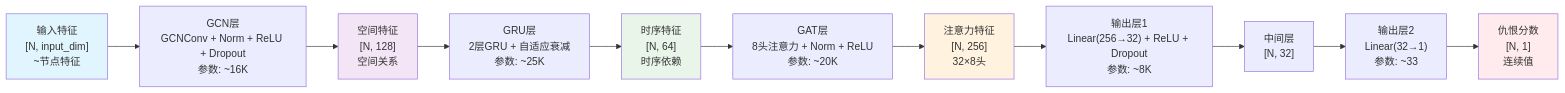
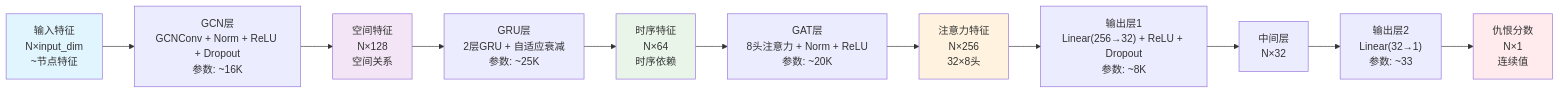
One commit to HarlanAlternative/Hate_TGNN changed the second of 3 diagrams in tgnn_analysis.md. Above: the diagram before and after it, drawn with Mermaid. The commit also changed other lines of this file and 1 other file, not shown here.

Commit message:
Fix Mermaid diagram syntax - replace square brackets with multiplication symbols

````diff
--- a/tgnn_analysis.md
+++ b/tgnn_analysis.md
@@ -93,19 +93,19 @@
 ```mermaid
 graph LR
-    A["输入特征<br/>[N, input_dim]<br/>~节点特征"] --> B["GCN层<br/>GCNConv + Norm + ReLU + Dropout<br/>参数: ~16K"]
-    B --> C["空间特征<br/>[N, 128]<br/>空间关系"]
+    A["输入特征<br/>N×input_dim<br/>~节点特征"] --> B["GCN层<br/>GCNConv + Norm + ReLU + Dropout<br/>参数: ~16K"]
+    B --> C["空间特征<br/>N×128<br/>空间关系"]
     C --> D["GRU层<br/>2层GRU + 自适应衰减<br/>参数: ~25K"]
-    D --> E["时序特征<br/>[N, 64]<br/>时序依赖"]
+    D --> E["时序特征<br/>N×64<br/>时序依赖"]
     E --> F["GAT层<br/>8头注意力 + Norm + ReLU<br/>参数: ~20K"]
-    F --> G["注意力特征<br/>[N, 256]<br/>32×8头"]
+    F --> G["注意力特征<br/>N×256<br/>32×8头"]
     G --> H["输出层1<br/>Linear(256→32) + ReLU + Dropout<br/>参数: ~8K"]
-    H --> I["中间层<br/>[N, 32]"]
+    H --> I["中间层<br/>N×32"]
     I --> J["输出层2<br/>Linear(32→1)<br/>参数: ~33"]
-    J --> K["仇恨分数<br/>[N, 1]<br/>连续值"]
+    J --> K["仇恨分数<br/>N×1<br/>连续值"]
     
     style A fill:#e1f5fe
     style C fill:#f3e5f5
     style E fill:#e8f5e8
     style G fill:#fff3e0
     style K fill:#ffebee
 ```
````
